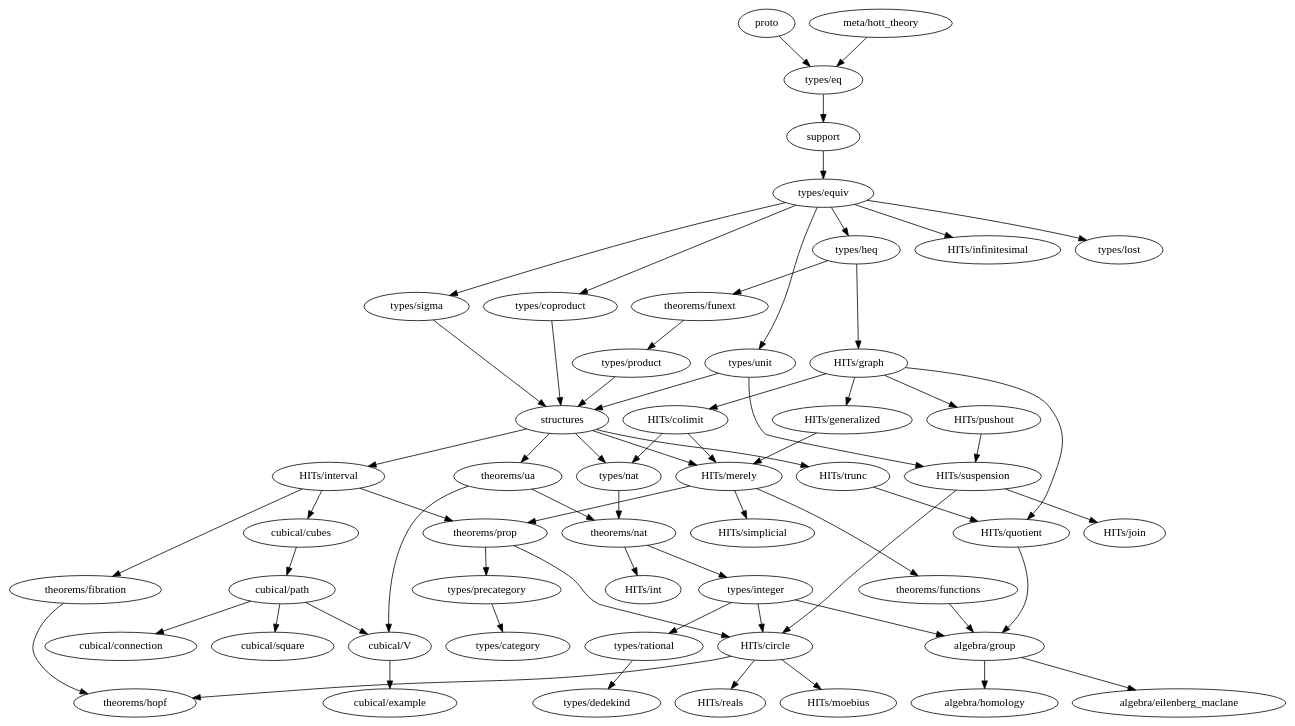
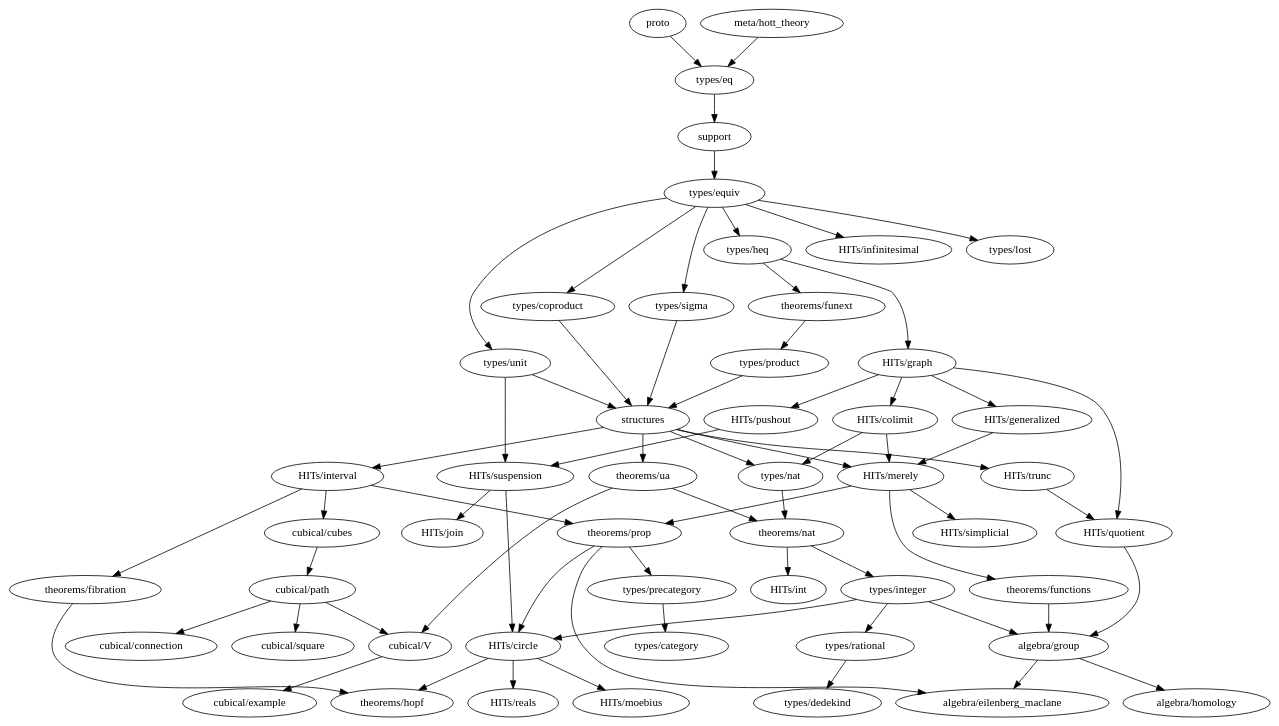
The diagram in dependency_map.gv (forked-from-1kasper/ground_zero), drawn with Graphviz before and after one commit. The commit also changed 6 other files, not shown here.

```diff
--- a/dependency_map.gv
+++ b/dependency_map.gv
@@ -1,104 +1,108 @@
 digraph dependency_map {
   proto -> "types/eq"
   "meta/hott_theory" -> "types/eq"
   support -> "types/equiv"
   structures -> {
     "HITs/interval",
     "HITs/merely",
     "HITs/trunc",
     "types/nat",
     "theorems/ua"
   }
 
   subgraph algebra {
     "algebra/eilenberg_maclane"
     "algebra/group" -> { "algebra/homology", "algebra/eilenberg_maclane" }
     "algebra/homology"
   }
 
   subgraph types {
     "types/category"
     "types/coproduct" -> { structures }
     "types/dedekind"
     "types/eq" -> { support }
     "types/equiv" -> {
       "types/heq",
       "HITs/infinitesimal",
       "types/coproduct",
       "types/lost",
       "types/unit",
       "types/sigma"
     }
     "types/heq" -> {
       "HITs/graph", "theorems/funext"
     }
     "types/integer" -> {
       "algebra/group",
       "HITs/circle",
       "types/rational"
     }
     "types/lost"
     "types/nat" -> { "theorems/nat" }
     "types/precategory" -> { "types/category" }
     "types/product" -> { structures }
     "types/rational" -> { "types/dedekind" }
     "types/sigma" -> { structures }
     "types/unit" -> { structures, "HITs/suspension" }
   }
 
   subgraph HITs {
     "HITs/circle" -> { "theorems/hopf", "HITs/moebius", "HITs/reals" }
     "HITs/colimit" -> { "HITs/merely", "types/nat" }
     "HITs/generalized" -> "HITs/merely"
     "HITs/graph" -> {
       "HITs/colimit",
       "HITs/generalized",
       "HITs/pushout",
       "HITs/quotient"
     }
     "HITs/infinitesimal"
     "HITs/interval" -> {
       "cubical/cubes",
       "theorems/prop",
       "theorems/fibration"
     }
     "HITs/join"
     "HITs/merely" -> {
       "theorems/prop",
       "HITs/simplicial",
       "theorems/functions"
     }
     "HITs/moebius"
     "HITs/pushout" -> {
       "HITs/suspension"
     }
     "HITs/quotient" -> { "algebra/group" }
     "HITs/reals"
     "HITs/simplicial"
     "HITs/suspension" -> { "HITs/circle", "HITs/join" }
     "HITs/trunc" -> { "HITs/quotient" }
   }
 
   subgraph cubical {
     "cubical/connection"
     "cubical/cubes" -> "cubical/path"
     "cubical/example"
     "cubical/path" -> {
       "cubical/square",
       "cubical/V",
       "cubical/connection"
     }
     "cubical/square"
     "cubical/V" -> { "cubical/example" }
   }
 
   subgraph theorems {
     "theorems/fibration" -> { "theorems/hopf" }
     "theorems/functions" -> { "algebra/group" }
     "theorems/funext" -> { "types/product" }
     "theorems/hopf"
     "theorems/nat" -> { "HITs/int", "types/integer" }
-    "theorems/prop" -> { "HITs/circle", "types/precategory" }
+    "theorems/prop" -> {
+      "HITs/circle",
+      "types/precategory",
+      "algebra/eilenberg_maclane"
+    }
     "theorems/ua" -> { "theorems/nat", "cubical/V" }
   }
 }
```
